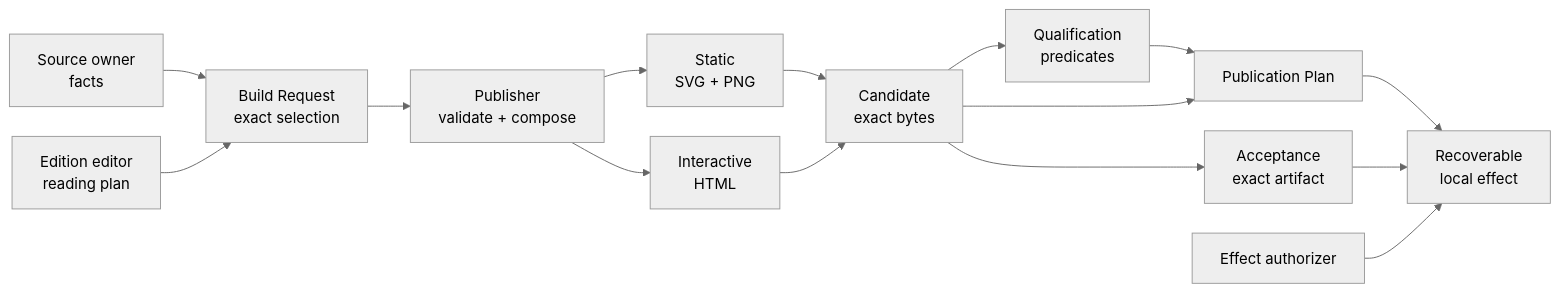
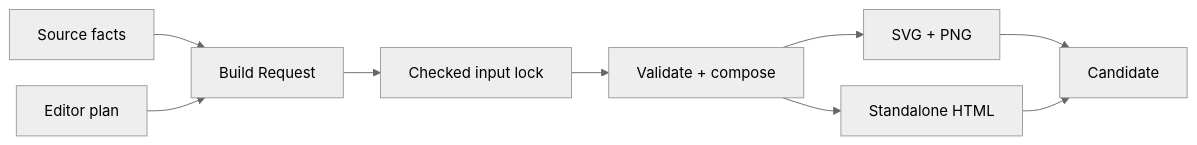
The first of 2 diagrams in docs/product-contract.md (HengYangDS/architecture-publisher), drawn with Mermaid before and after one commit. The commit also changed other lines of this file and 13 other files, not shown here.

Commit message:
feat(interactive): compose source-bound responsibility map

````diff
--- a/docs/product-contract.md
+++ b/docs/product-contract.md
@@ -135,18 +138,12 @@
 ```mermaid
-%%{init: {"theme": "neutral", "themeVariables": {"fontSize": "16px"}, "flowchart": {"nodeSpacing": 32, "rankSpacing": 46}}}%%
+%%{init: {"theme": "neutral", "themeVariables": {"fontSize": "16px"}, "flowchart": {"nodeSpacing": 28, "rankSpacing": 40}}}%%
 flowchart LR
-    source["Source owner<br/>facts"] --> selection["Build Request<br/>exact selection"]
-    editor["Edition editor<br/>reading plan"] --> selection
-    selection --> publisher["Publisher<br/>validate + compose"]
-    publisher --> static["Static<br/>SVG + PNG"]
-    publisher --> interactive["Interactive<br/>HTML"]
-    static --> candidate["Candidate<br/>exact bytes"]
+    source["Source facts"] --> request["Build Request"]
+    editor["Editor plan"] --> request
+    request --> lock["Checked input lock"]
+    lock --> compose["Validate + compose"]
+    compose --> static["SVG + PNG"]
+    compose --> interactive["Standalone HTML"]
+    static --> candidate["Candidate"]
     interactive --> candidate
-    candidate --> qualification["Qualification<br/>predicates"]
-    candidate --> acceptance["Acceptance<br/>exact artifact"]
-    qualification --> plan["Publication Plan"]
-    candidate --> plan
-    plan --> effect["Recoverable<br/>local effect"]
-    acceptance --> effect
-    authorizer["Effect authorizer"] --> effect
 ```
````
